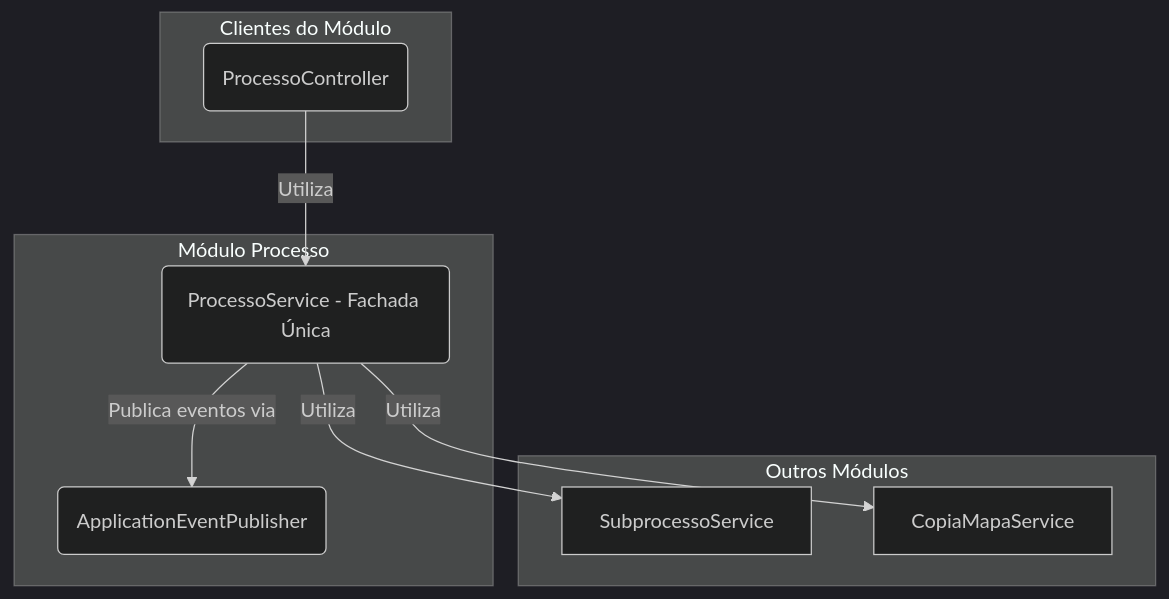
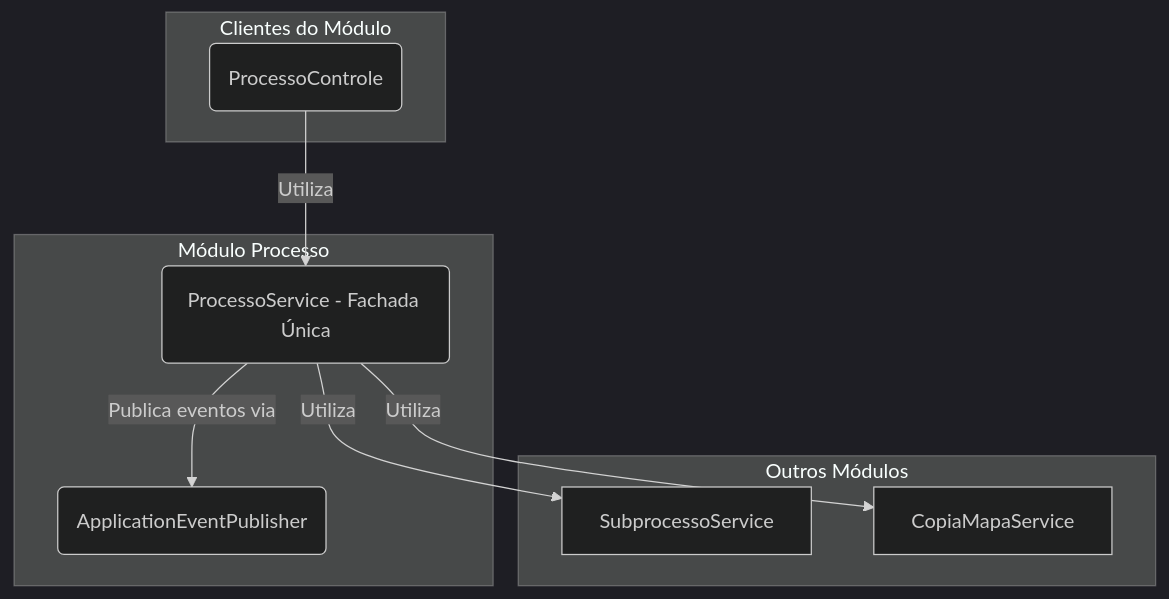
Before and after one commit to lgalvao/sgc: the diagram in backend/src/main/java/sgc/processo/README.md, drawn with Mermaid (dark theme). The commit also changed other lines of this file and 11 other files, not shown here.

````diff
--- a/backend/src/main/java/sgc/processo/README.md
+++ b/backend/src/main/java/sgc/processo/README.md
@@ -18,22 +13,22 @@
 ```mermaid
 graph TD
     subgraph "Clientes do Módulo"
-        Controle(ProcessoController)
+        Controle(ProcessoControle)
     end
 
     subgraph "Módulo Processo"
         Facade(ProcessoService - Fachada Única)
 
         Eventos(ApplicationEventPublisher)
     end
 
     subgraph "Outros Módulos"
         SubprocessoService
         CopiaMapaService
     end
 
     Controle -- Utiliza --> Facade
 
     Facade -- Utiliza --> SubprocessoService & CopiaMapaService
     Facade -- Publica eventos via --> Eventos
 ```
````
